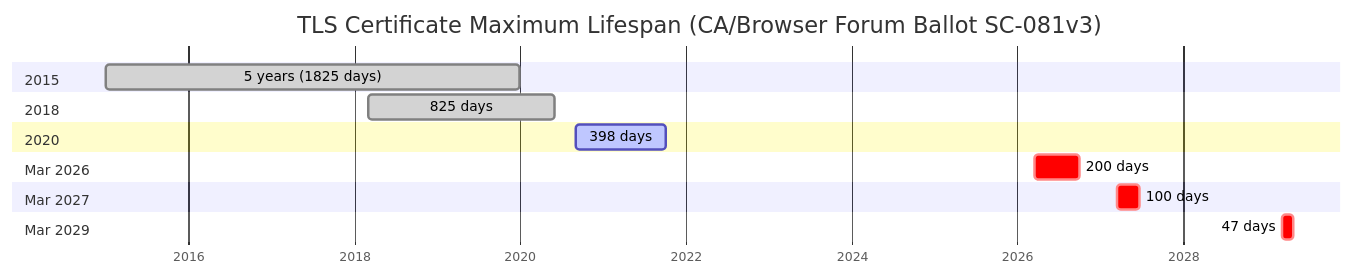
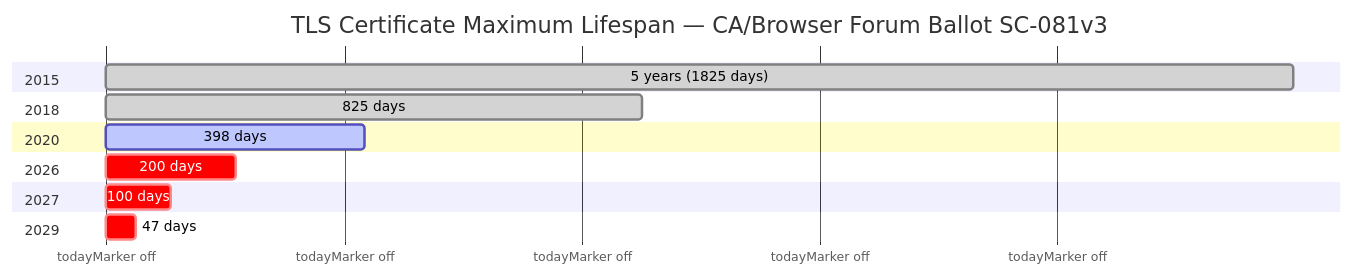
Before and after one commit to certctl-io/certctl: the diagram in README.md, drawn with Mermaid.

Commit message:
fix: left-align gantt bars for visual lifespan comparison
All bars start from the same point so the shrinking from 1825
days to 47 days is visually obvious. Section labels indicate
the policy year, bar length shows the max certificate lifespan.

````diff
--- a/README.md
+++ b/README.md
@@ -19,19 +19,19 @@
 ```mermaid
 gantt
-    title TLS Certificate Maximum Lifespan (CA/Browser Forum Ballot SC-081v3)
+    title TLS Certificate Maximum Lifespan — CA/Browser Forum Ballot SC-081v3
     dateFormat YYYY-MM-DD
-    axisFormat %Y
+    axisFormat
     todayMarker off
     section 2015
-        5 years (1825 days)    :done, 2015-01-01, 1825d
+        5 years (1825 days)    :done, 2020-01-01, 1825d
     section 2018
-        825 days               :done, 2018-03-01, 825d
+        825 days               :done, 2020-01-01, 825d
     section 2020
-        398 days               :active, 2020-09-01, 398d
-    section Mar 2026
-        200 days               :crit, 2026-03-15, 200d
-    section Mar 2027
-        100 days               :crit, 2027-03-15, 100d
-    section Mar 2029
-        47 days                :crit, 2029-03-15, 47d
+        398 days               :active, 2020-01-01, 398d
+    section 2026
+        200 days               :crit, 2020-01-01, 200d
+    section 2027
+        100 days               :crit, 2020-01-01, 100d
+    section 2029
+        47 days                :crit, 2020-01-01, 47d
 ```
````
